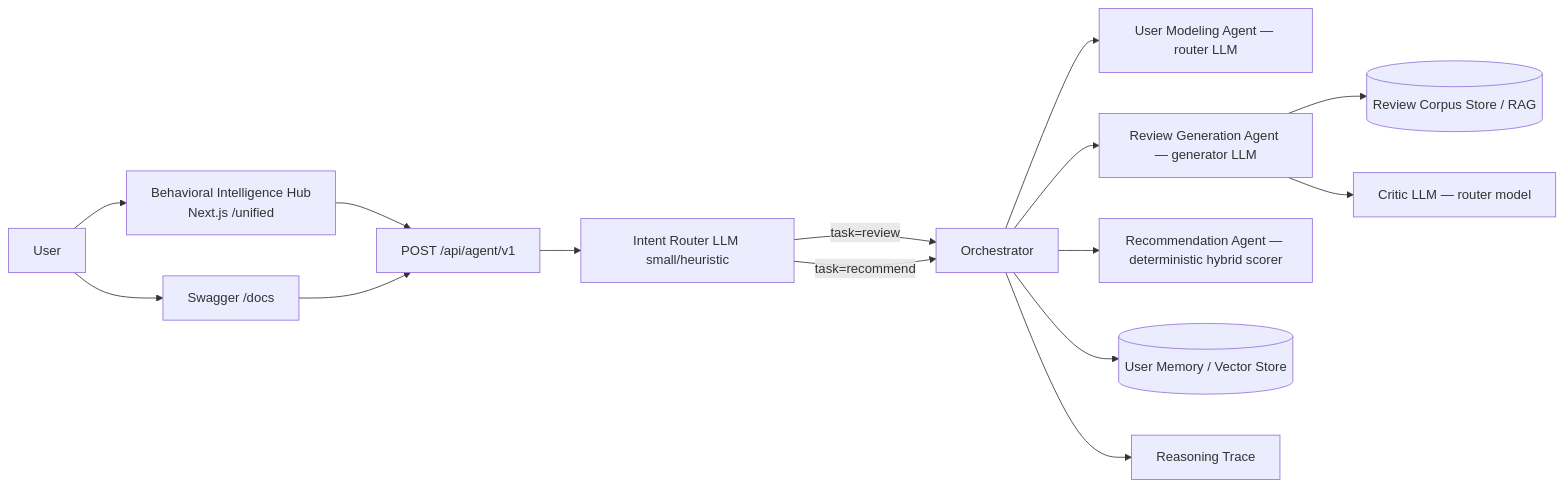
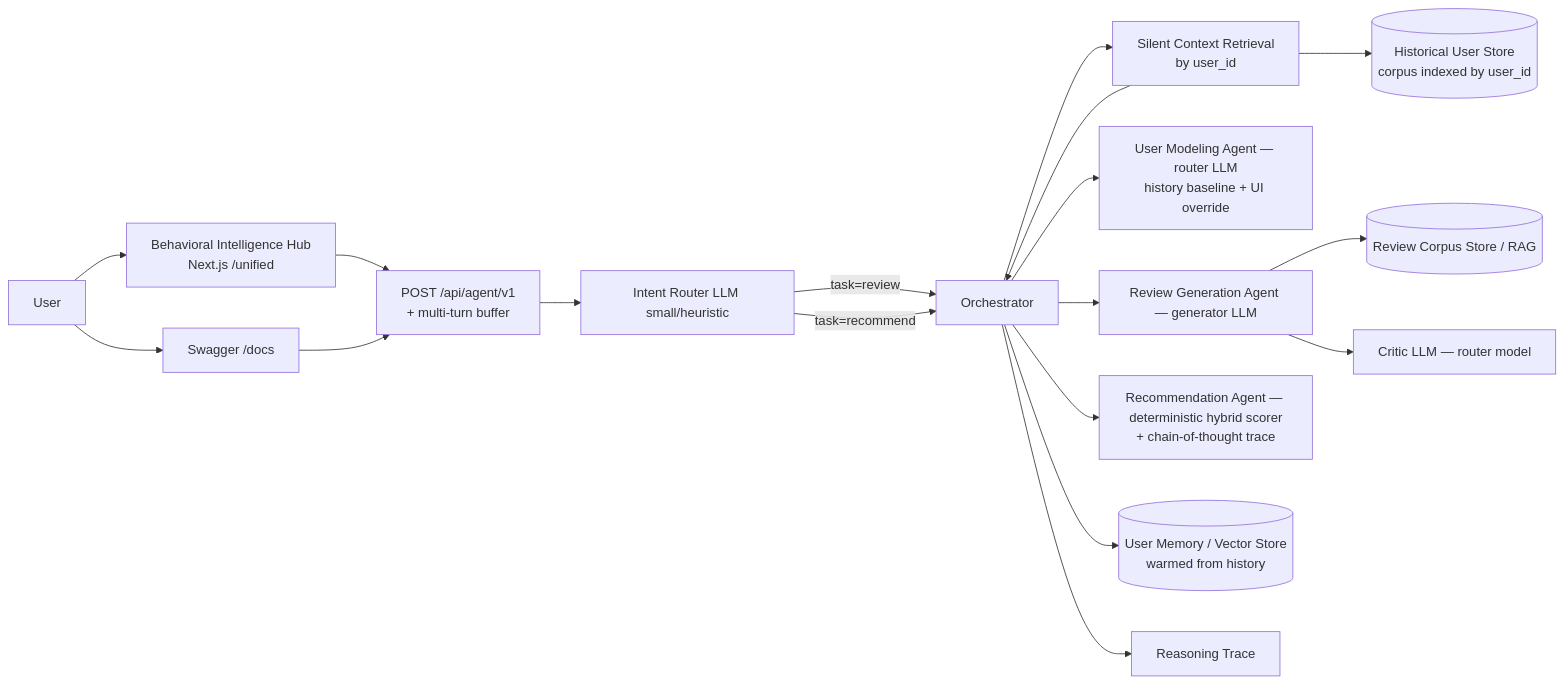
Before and after one commit to taotechs/NaijaSense-AI: the diagram in README.md, drawn with Mermaid. The commit also changed other lines of this file, not shown here.

````diff
--- a/README.md
+++ b/README.md
@@ -24,17 +24,20 @@
 ```mermaid
 flowchart LR
     U[User] --> FE[Behavioral Intelligence Hub<br/>Next.js /unified]
     U --> SW[Swagger /docs]
-    FE --> AGW[POST /api/agent/v1]
+    FE --> AGW[POST /api/agent/v1<br/>+ multi-turn buffer]
     SW --> AGW
     AGW --> IR[Intent Router LLM small/heuristic]
     IR -->|task=review| O[Orchestrator]
     IR -->|task=recommend| O
-    O --> UMA[User Modeling Agent — router LLM]
+    O --> SCR[Silent Context Retrieval<br/>by user_id]
+    SCR --> HUS[(Historical User Store<br/>corpus indexed by user_id)]
+    SCR --> O
+    O --> UMA[User Modeling Agent — router LLM<br/>history baseline + UI override]
     O --> RGA[Review Generation Agent — generator LLM]
-    O --> RA[Recommendation Agent — deterministic hybrid scorer]
+    O --> RA[Recommendation Agent — deterministic hybrid scorer<br/>+ chain-of-thought trace]
     RGA --> RAG[(Review Corpus Store / RAG)]
     RGA --> CRI[Critic LLM — router model]
-    O --> MEM[(User Memory / Vector Store)]
+    O --> MEM[(User Memory / Vector Store<br/>warmed from history)]
     O --> TRC[Reasoning Trace]
 ```
````
